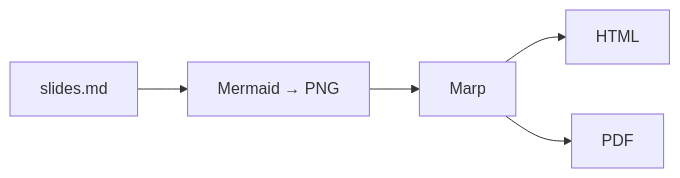
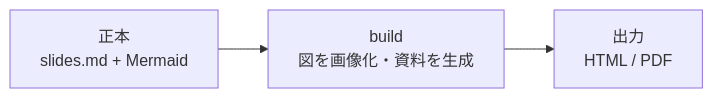
The diagram in slides.md (myokoym/misereru), drawn with Mermaid before and after one commit. The commit also changed other lines of this file, not shown here.

Commit message:
docs: redesign Mermaid sample for readability

````diff
--- a/slides.md
+++ b/slides.md
@@ -79,7 +79,4 @@
 ```mermaid
 flowchart LR
-  A[slides.md] --> B[Mermaid → PNG]
-  B --> C[Marp]
-  C --> D[HTML]
-  C --> E[PDF]
+  A["正本<br/>slides.md + Mermaid"] --> B["build<br/>図を画像化・資料を生成"] --> C["出力<br/>HTML / PDF"]
 ```
````
